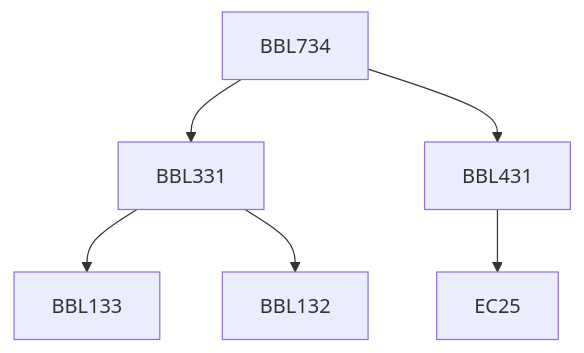
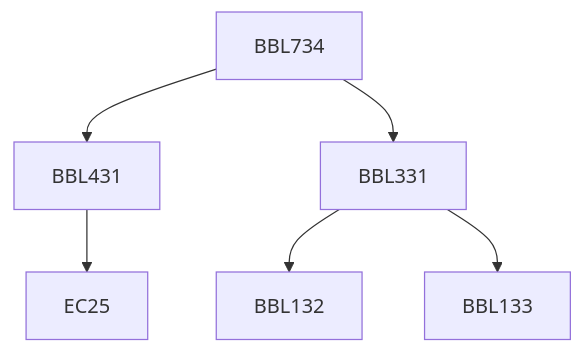
The diagram in content/Biochemical Engineering and Biotechnology/BBL734.md (KeshavBansal0122/CoS_Website), drawn with Mermaid before and after one commit. The commit also changed other lines of this file and 2667 other files, not shown here.

````diff
--- a/content/Biochemical Engineering and Biotechnology/BBL734.md
+++ b/content/Biochemical Engineering and Biotechnology/BBL734.md
@@ -15,12 +13,12 @@
 ```mermaid
 flowchart TD
-BBL734-50[BBL734]
-BBL734-50 --> BBL331-50[BBL331]
-BBL734-50 --> BBL431-50[BBL431]
-BBL331-50 --> BBL133-50[BBL133]
-BBL331-50 --> BBL132-50[BBL132]
-BBL431-50 --> EC25-50[EC25]
+BBL734-87[BBL734]
+BBL331-87 --> BBL132-87[BBL132]
+BBL331-87 --> BBL133-87[BBL133]
+BBL734-87 --> BBL431-87[BBL431]
+BBL431-87 --> EC25-87[EC25]
+BBL734-87 --> BBL331-87[BBL331]
 
 classDef empty height:17px, fill:transparent, stroke:transparent;
 classDef trueEmpty height:0px, width:0px;
 ```
````
